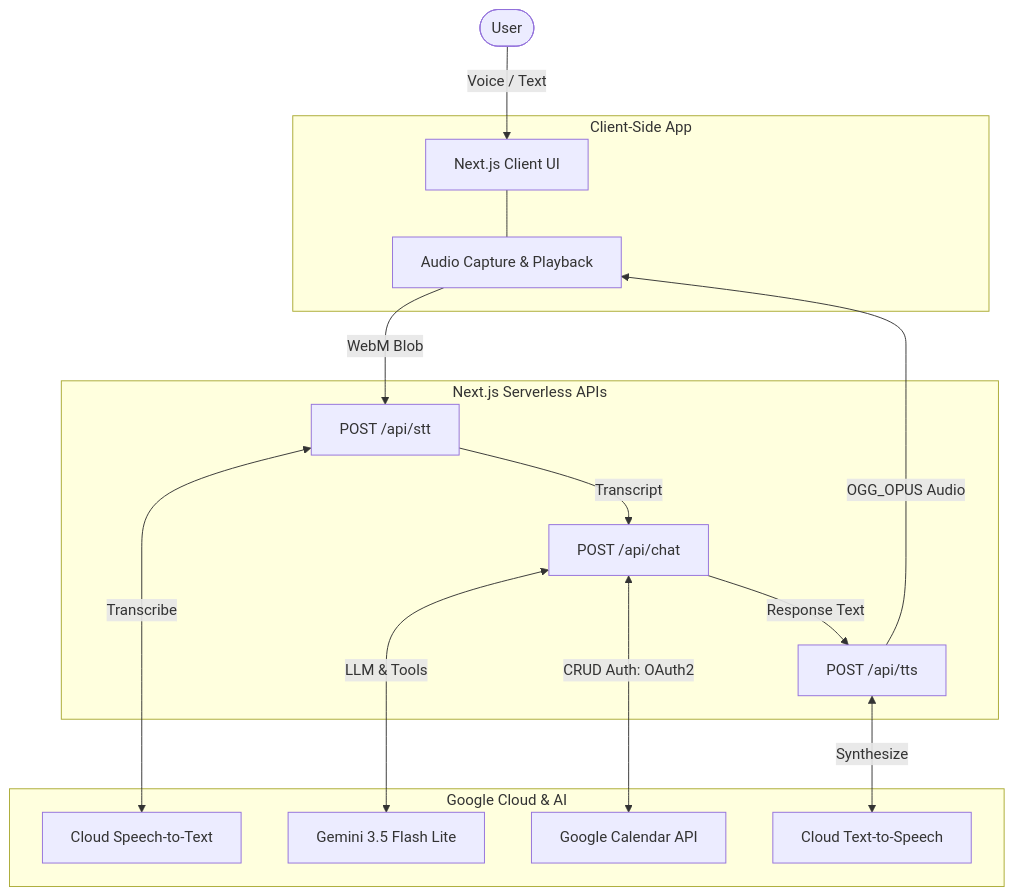
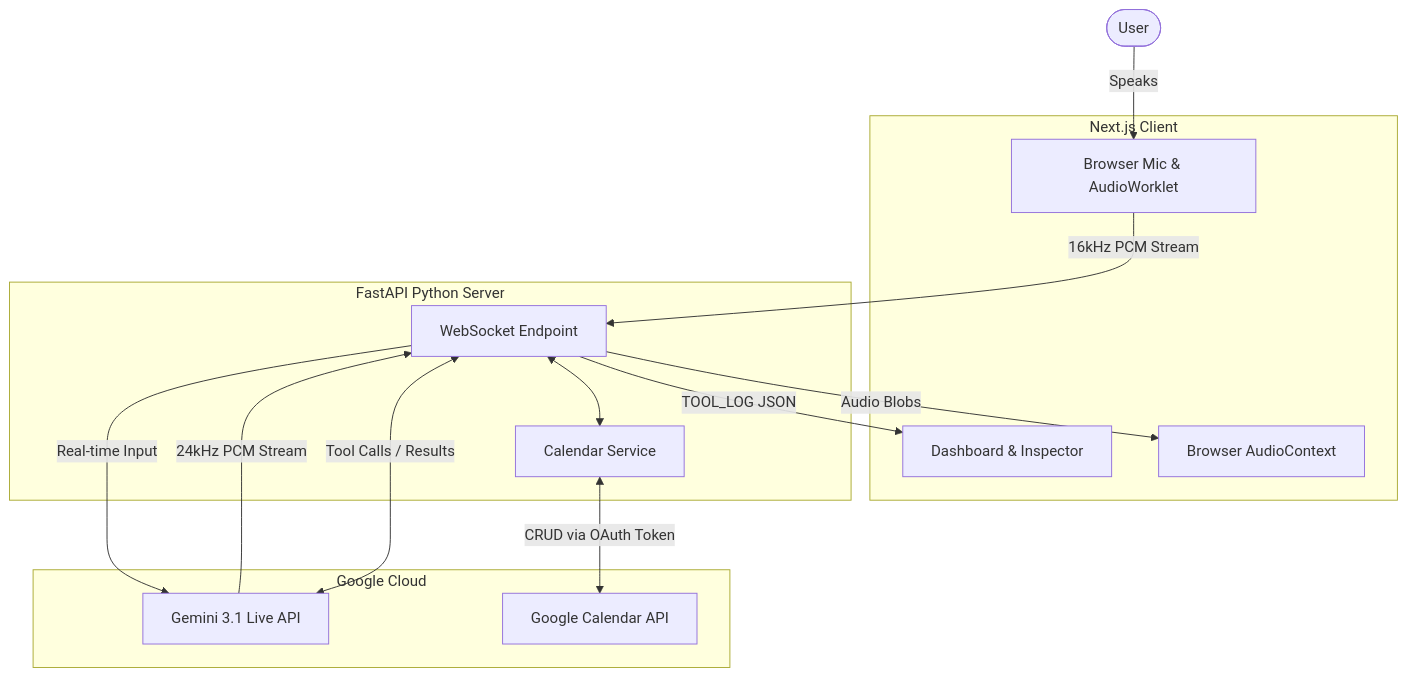
One commit to sukronz/calendyai changed the diagram in README.md. Above: the diagram before and after it, drawn with Mermaid. The commit also changed other lines of this file, not shown here.

Commit message:
Update README with new FastAPI WebSocket architecture

````diff
--- a/README.md
+++ b/README.md
@@ -145,33 +59,30 @@
 ```mermaid
 graph TD
-    User([User]) -->|Voice / Text| UI[Next.js Client UI]
+    User([User]) -->|Speaks| Mic[Browser Mic & AudioWorklet]
     
-    subgraph Frontend [Client-Side App]
-        UI
-        Audio[Audio Capture & Playback]
-        UI --- Audio
+    subgraph Frontend [Next.js Client]
+        Mic
+        UI[Dashboard & Inspector]
+        Player[Browser AudioContext]
     end
 
-    subgraph Backend [Next.js Serverless APIs]
-        STT[POST /api/stt]
-        Chat[POST /api/chat]
-        TTS[POST /api/tts]
+    subgraph Backend [FastAPI Python Server]
+        WS_Server[WebSocket Endpoint]
+        CalService[Calendar Service]
+        WS_Server <--> CalService
     end
     
-    subgraph Cloud Services [Google Cloud & AI]
-        GoogleSTT[Cloud Speech-to-Text]
-        Gemini[Gemini 3.5 Flash Lite]
+    subgraph Cloud [Google Cloud]
+        Gemini[Gemini 3.1 Live API]
         GoogleCal[Google Calendar API]
-        GoogleTTS[Cloud Text-to-Speech]
     end
 
-    Audio -->|WebM Blob| STT
-    STT -->|Transcript| Chat
-    Chat -->|Response Text| TTS
-    TTS -->|OGG_OPUS Audio| Audio
-
-    STT <-->|Transcribe| GoogleSTT
-    Chat <-->|LLM & Tools| Gemini
-    Chat <-->|CRUD Auth: OAuth2| GoogleCal
-    TTS <-->|Synthesize| GoogleTTS
+    Mic -->|16kHz PCM Stream| WS_Server
+    WS_Server -->|Real-time Input| Gemini
+    Gemini -->|24kHz PCM Stream| WS_Server
+    WS_Server -->|Audio Blobs| Player
+    
+    Gemini <-->|Tool Calls / Results| WS_Server
+    CalService <-->|CRUD via OAuth Token| GoogleCal
+    WS_Server -->|TOOL_LOG JSON| UI
 ```
````
